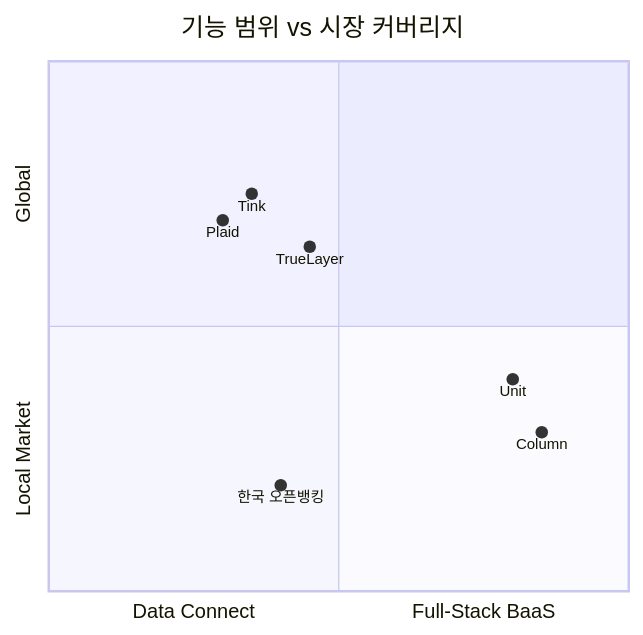
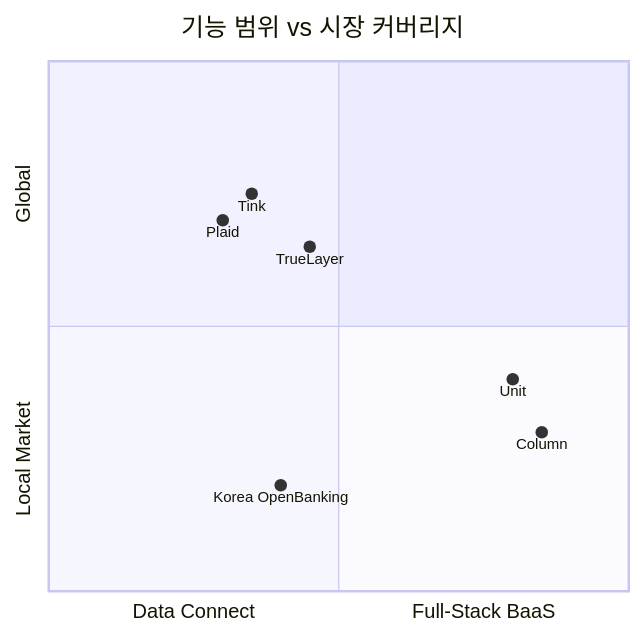
One commit to OkyoKwon/studyNresearch changed the diagram in docs/domains/open-banking/products/index.md. Above: the diagram before and after it, drawn with Mermaid. The commit also changed 10 other files, not shown here.

````diff
--- a/docs/domains/open-banking/products/index.md
+++ b/docs/domains/open-banking/products/index.md
@@ -22,12 +22,12 @@
 ```mermaid
 quadrantChart
     title 기능 범위 vs 시장 커버리지
     x-axis Data Connect --> Full-Stack BaaS
     y-axis Local Market --> Global
     Plaid: [0.3, 0.7]
     Unit: [0.8, 0.4]
     Column: [0.85, 0.3]
-    한국 오픈뱅킹: [0.4, 0.2]
+    Korea OpenBanking: [0.4, 0.2]
     Tink: [0.35, 0.75]
     TrueLayer: [0.45, 0.65]
 ```
````
